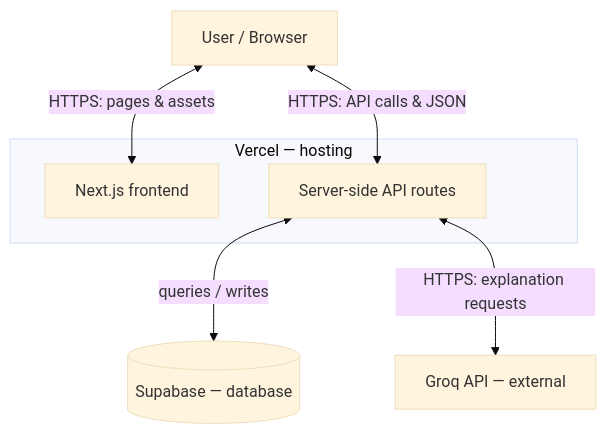
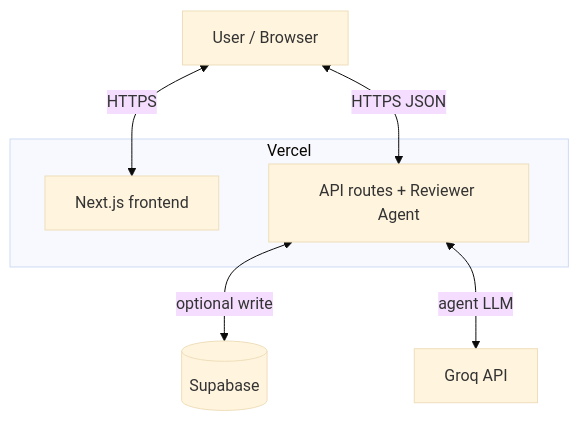
Before and after one commit to Volodymyr199606/payment-risk-reviewer: the sixth of 6 diagrams in README.md, drawn with Mermaid (base theme). The commit also changed other lines of this file and 4 other files, not shown here.

First line of the commit message:
Add Reviewer Agent orchestration, docs, and README architecture

````diff
--- a/README.md
+++ b/README.md
@@ -134,17 +152,17 @@
 ```mermaid
 flowchart TB
     B[User / Browser]
 
-    subgraph Vercel["Vercel — hosting"]
+    subgraph Vercel["Vercel"]
         FE[Next.js frontend]
-        AR[Server-side API routes]
+        AR[API routes + Reviewer Agent]
     end
 
-    SB[(Supabase — database)]
-    GQ[Groq API — external]
+    SB[(Supabase)]
+    GQ[Groq API]
 
-    B <-->|HTTPS: pages & assets| FE
-    B <-->|HTTPS: API calls & JSON| AR
-    AR <-->|queries / writes| SB
-    AR <-->|HTTPS: explanation requests| GQ
+    B <-->|HTTPS| FE
+    B <-->|HTTPS JSON| AR
+    AR <-->|optional write| SB
+    AR <-->|agent LLM| GQ
 ```
````
